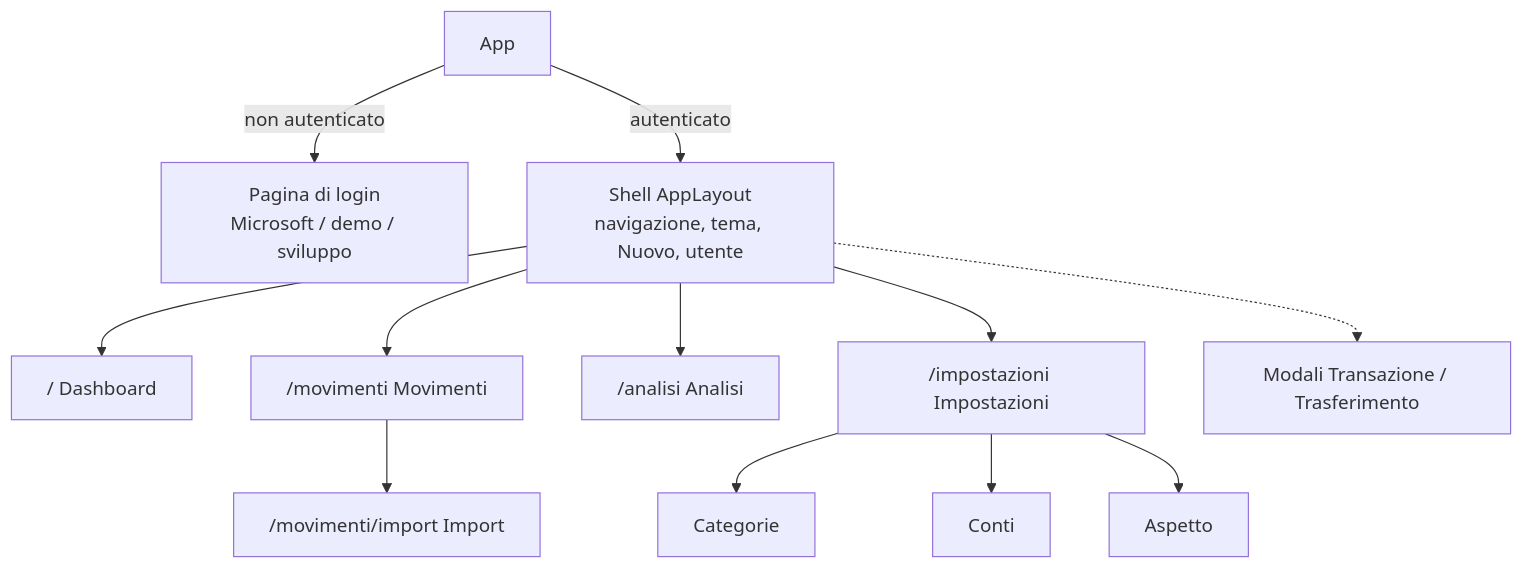
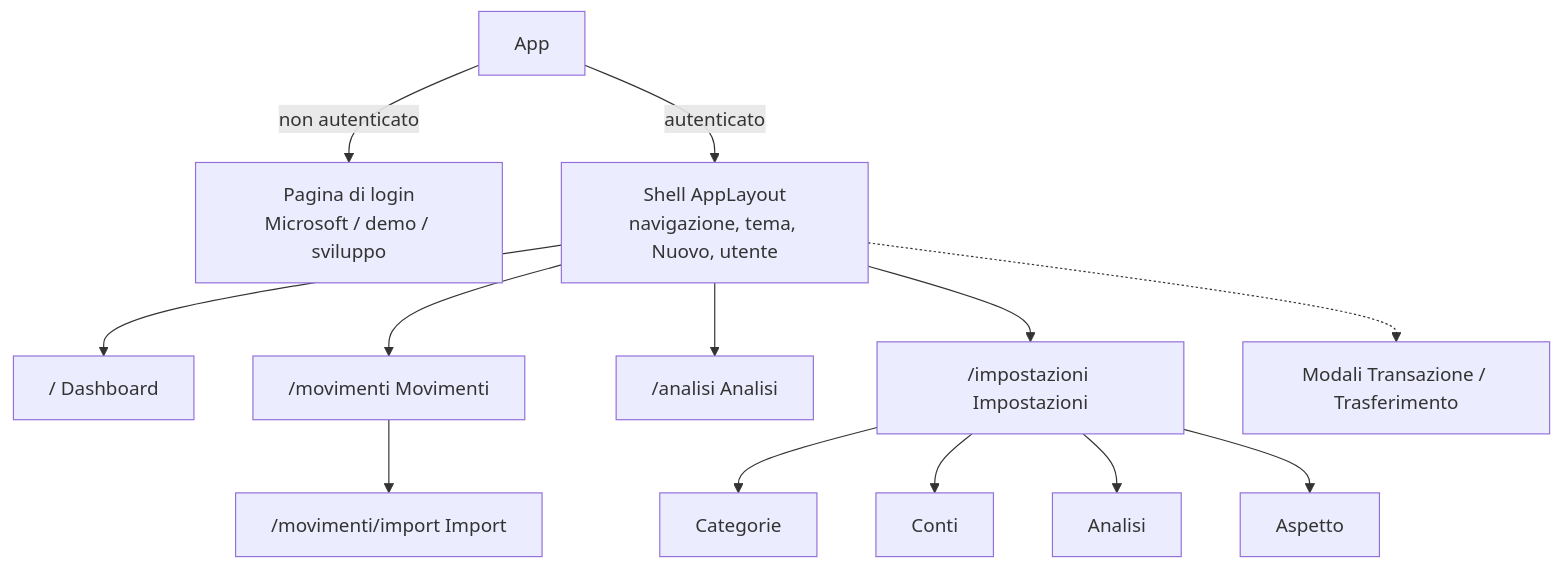
One commit to roberto-desalvo/ExpenseTracker.App changed the diagram in docs/03-frontend.md. Above: the diagram before and after it, drawn with Mermaid. The commit also changed other lines of this file and 29 other files, not shown here.

````diff
--- a/docs/03-frontend.md
+++ b/docs/03-frontend.md
@@ -7,14 +7,15 @@
 ```mermaid
 flowchart TD
     app[App] -->|non autenticato| login[Pagina di login<br/>Microsoft / demo / sviluppo]
     app -->|autenticato| shell[Shell AppLayout<br/>navigazione, tema, Nuovo, utente]
     shell --> dash["/ Dashboard"]
     shell --> mov["/movimenti Movimenti"]
     mov --> movimp["/movimenti/import Import"]
     shell --> ana["/analisi Analisi"]
     shell --> imp["/impostazioni Impostazioni"]
     imp --> cat[Categorie]
     imp --> conti[Conti]
+    imp --> impana[Analisi]
     imp --> asp[Aspetto]
     shell -.-> modali[Modali Transazione / Trasferimento]
 ```
````
